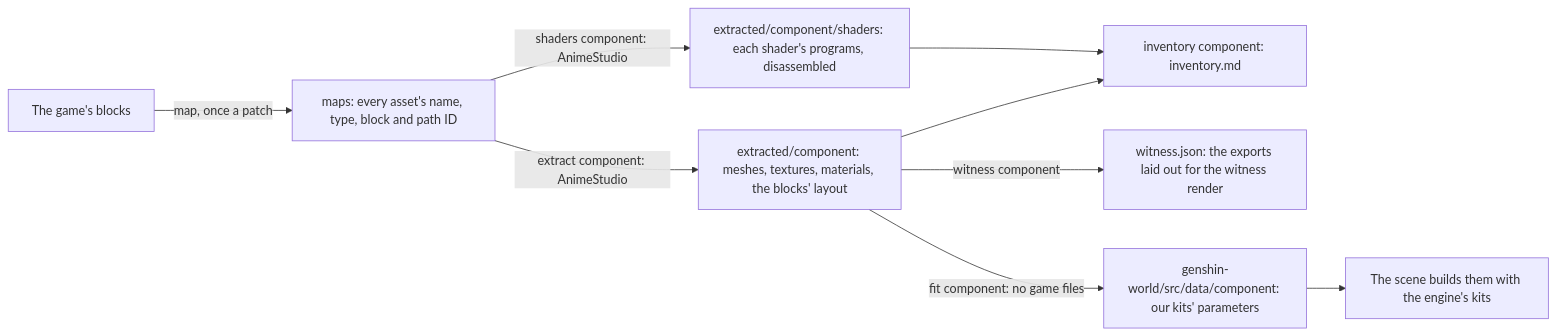
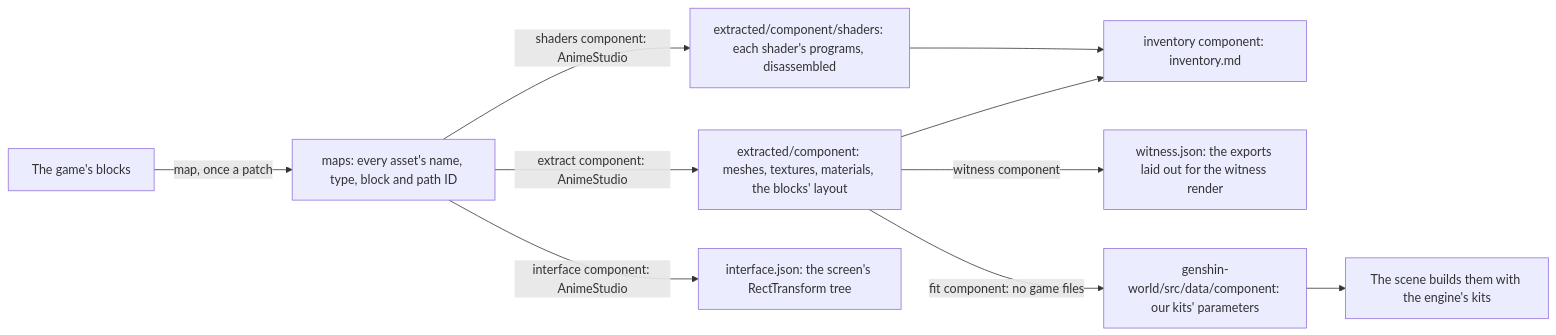
The second of 3 diagrams in apps/web/content/docs/genshin/derived-assets.md (Esposter/Esposter), drawn with Mermaid before and after one commit. The commit also changed other lines of this file and 14 other files, not shown here.

First line of the commit message:
feat(scripts): genshin:assets interface, a screen's RectTransform tree with each piece's layout and components

````diff
--- a/apps/web/content/docs/genshin/derived-assets.md
+++ b/apps/web/content/docs/genshin/derived-assets.md
@@ -33,11 +33,12 @@
 ```mermaid
 flowchart LR
   B[The game's blocks] -->|"map, once a patch"| M["maps: every asset's name, type, block and path ID"]
   M -->|"extract component: AnimeStudio"| E["extracted/component: meshes, textures, materials, the blocks' layout"]
   M -->|"shaders component: AnimeStudio"| S["extracted/component/shaders: each shader's programs, disassembled"]
   E --> I["inventory component: inventory.md"]
   S --> I
   E -->|"witness component"| W["witness.json: the exports laid out for the witness render"]
+  M -->|"interface component: AnimeStudio"| U["interface.json: the screen's RectTransform tree"]
   E -->|"fit component: no game files"| D["genshin-world/src/data/component: our kits' parameters"]
   D --> K[The scene builds them with the engine's kits]
 ```
````
